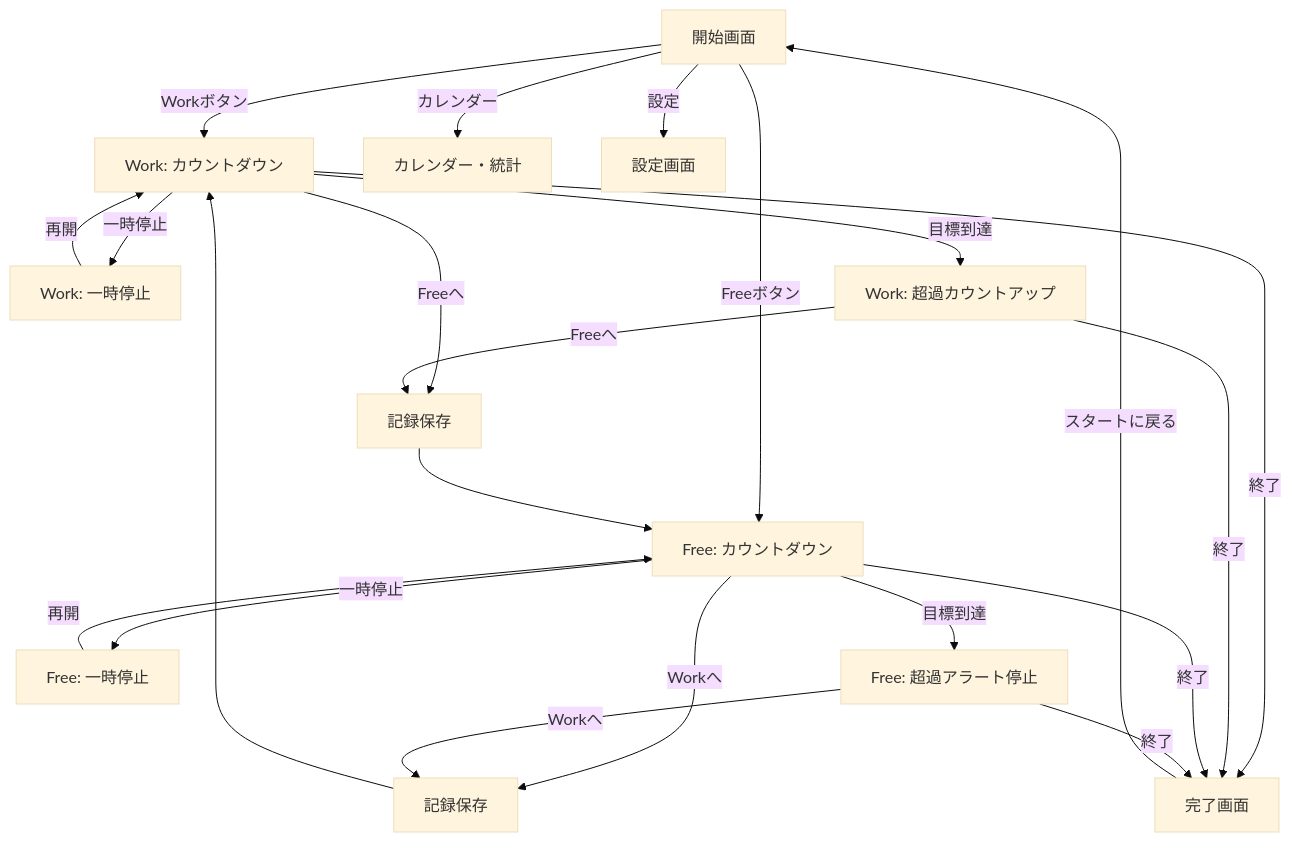
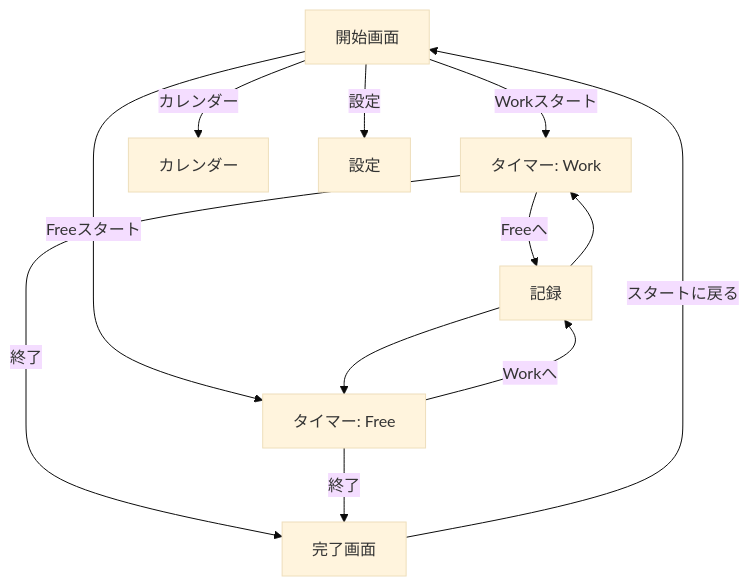
The diagram in TRANSITIONS.md (bramble-brux/fe_modoki), drawn with Mermaid (base theme) before and after one commit. The commit also changed other lines of this file and 3 other files, not shown here.

````diff
--- a/TRANSITIONS.md
+++ b/TRANSITIONS.md
@@ -5,30 +5,15 @@
 ```mermaid
 graph TD
-    StartView[開始画面] -->|Workボタン| WorkTimer[Work: カウントダウン]
-    StartView -->|Freeボタン| FreeTimer[Free: カウントダウン]
-    StartView -->|カレンダー| CalendarView[カレンダー・統計]
-    StartView -->|設定| SettingsView[設定画面]
+    Start[開始画面] -->|Workスタート| TimerW[タイマー: Work]
+    Start -->|Freeスタート| TimerF[タイマー: Free]
+    Start -->|カレンダー| Calendar[カレンダー]
+    Start -->|設定| Settings[設定]
 
-    WorkTimer -->|一時停止| WorkPaused[Work: 一時停止]
-    WorkPaused -->|再開| WorkTimer
+    TimerW -->|Freeへ| Record[記録] --> TimerF
+    TimerF -->|Workへ| Record --> TimerW
     
-    WorkTimer -->|目標到達| WorkOver[Work: 超過カウントアップ]
-    WorkTimer -->|Freeへ| RecordW[記録保存]
-    WorkOver -->|Freeへ| RecordW
-    RecordW --> FreeTimer
-
-    FreeTimer -->|一時停止| FreePaused[Free: 一時停止]
-    FreePaused -->|再開| FreeTimer
-
-    FreeTimer -->|目標到達| FreeAlert[Free: 超過アラート停止]
-    FreeTimer -->|Workへ| RecordF[記録保存]
-    FreeAlert -->|Workへ| RecordF
-    RecordF --> WorkTimer
-
-    WorkTimer -->|終了| ResultView[完了画面]
-    WorkOver -->|終了| ResultView
-    FreeTimer -->|終了| ResultView
-    FreeAlert -->|終了| ResultView
-
-    ResultView -->|スタートに戻る| StartView
+    TimerW -->|終了| Result[完了画面]
+    TimerF -->|終了| Result
+    
+    Result -->|スタートに戻る| Start
 ```
````
